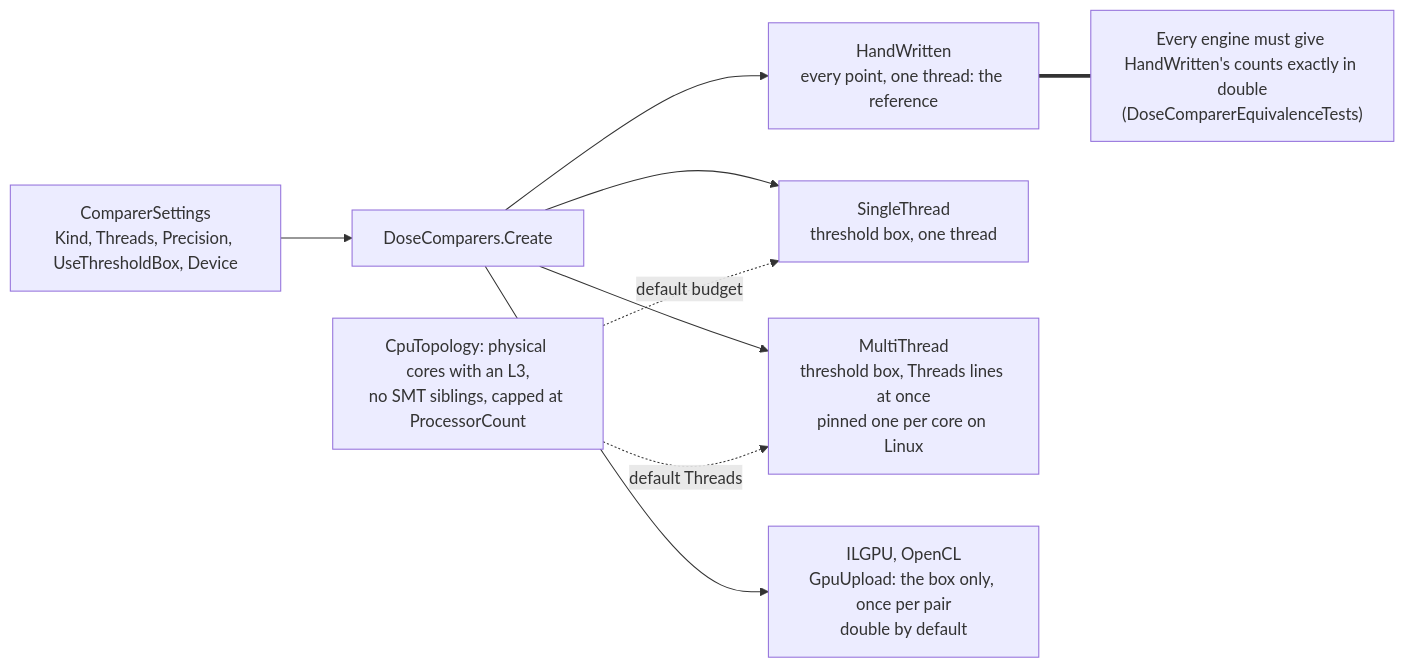
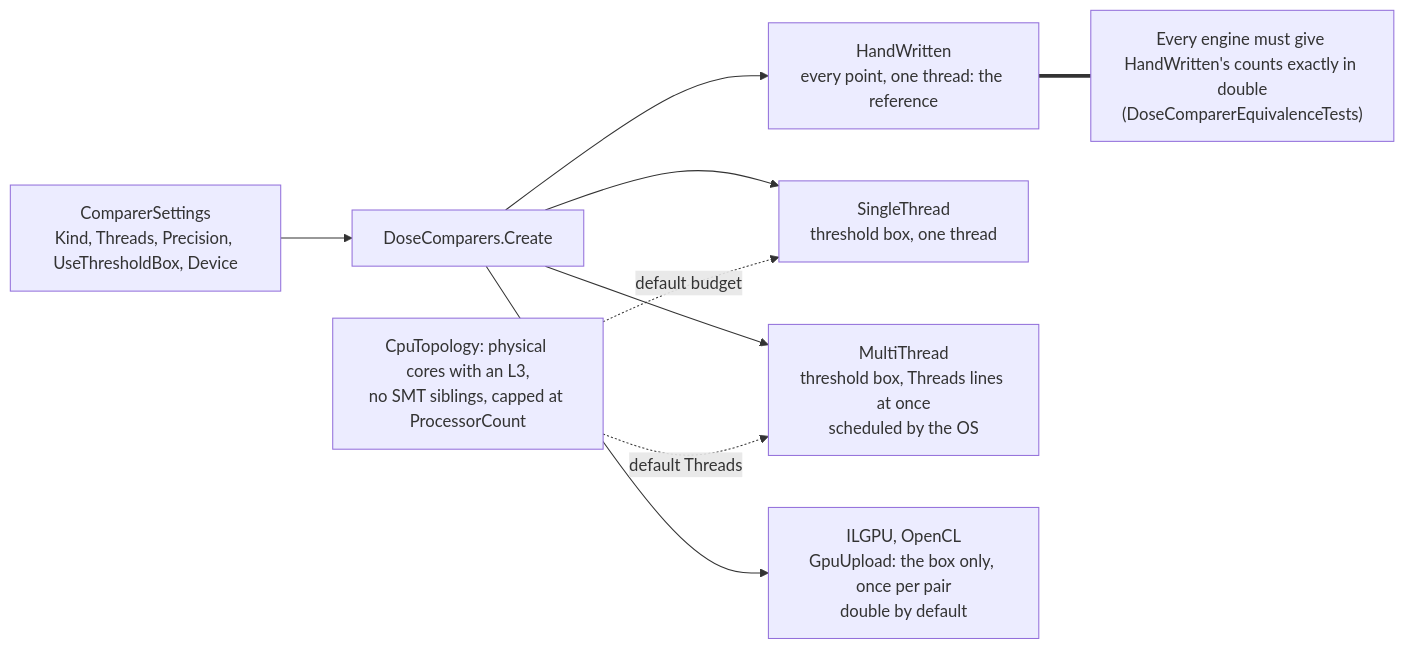
Before and after one commit to crcrewso/DicomStrictCompare: the fourth of 4 diagrams in design/data-flow.md, drawn with Mermaid. The commit also changed other lines of this file and 7 other files, not shown here.

````diff
--- a/design/data-flow.md
+++ b/design/data-flow.md
@@ -82,11 +82,11 @@
 ```mermaid
 flowchart LR
     settings["ComparerSettings<br/>Kind, Threads, Precision, UseThresholdBox, Device"] --> create["DoseComparers.Create"]
     create --> hw["HandWritten<br/>every point, one thread: the reference"]
     create --> st["SingleThread<br/>threshold box, one thread"]
-    create --> mt["MultiThread<br/>threshold box, Threads lines at once<br/>pinned one per core on Linux"]
+    create --> mt["MultiThread<br/>threshold box, Threads lines at once<br/>scheduled by the OS"]
     create --> gpu["ILGPU, OpenCL<br/>GpuUpload: the box only, once per pair<br/>double by default"]
     topo["CpuTopology: physical cores with an L3,<br/>no SMT siblings, capped at ProcessorCount"] -. default Threads .-> mt
     topo -. default budget .-> st
     hw === rule["Every engine must give HandWritten's counts exactly in double<br/>(DoseComparerEquivalenceTests)"]
 ```
````
